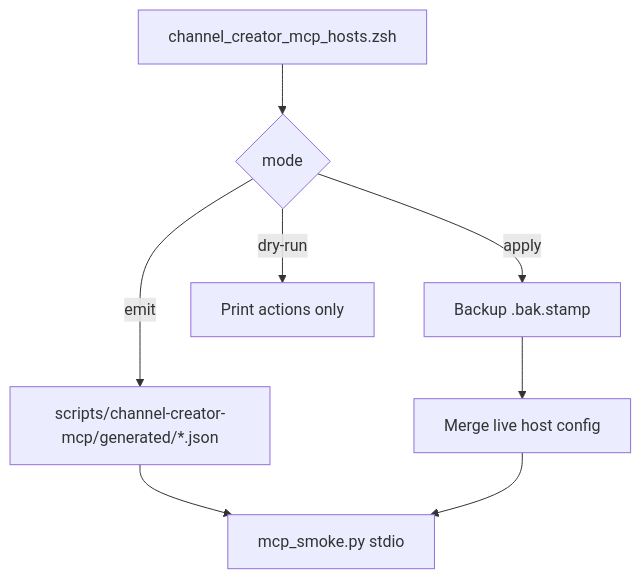
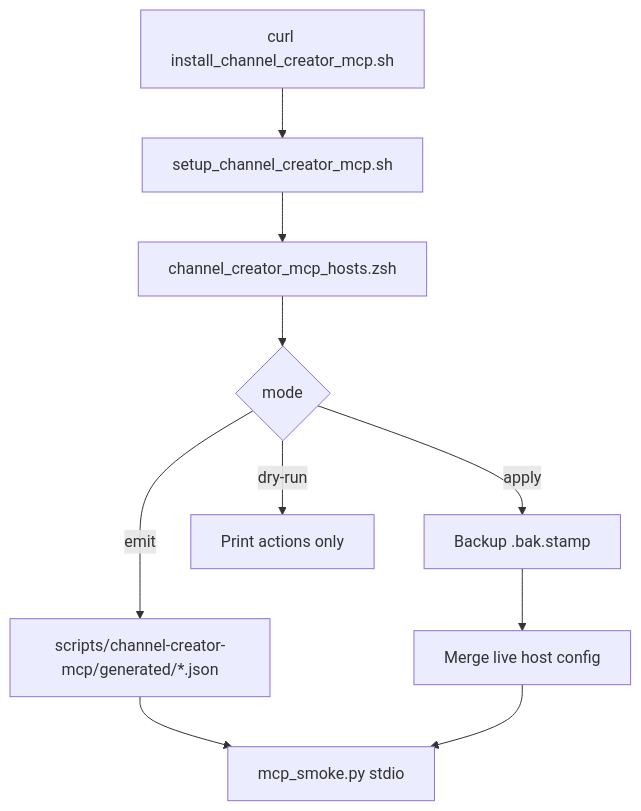
Before and after one commit to roto31/StreamTV: the second of 11 diagrams in docs/guides/CHANNEL_CREATOR_MCP_HOST_WIRING.md, drawn with Mermaid. The commit also changed other lines of this file and 6 other files, not shown here.

````diff
--- a/docs/guides/CHANNEL_CREATOR_MCP_HOST_WIRING.md
+++ b/docs/guides/CHANNEL_CREATOR_MCP_HOST_WIRING.md
@@ -33,10 +45,12 @@
 ```mermaid
 flowchart TD
-  Gen["channel_creator_mcp_hosts.zsh"] --> Mode{"mode"}
+  OneLiner["curl install_channel_creator_mcp.sh"] --> Setup["setup_channel_creator_mcp.sh"]
+  Setup --> Gen["channel_creator_mcp_hosts.zsh"]
+  Gen --> Mode{"mode"}
   Mode -->|emit| Out["scripts/channel-creator-mcp/generated/*.json"]
   Mode -->|apply| Bak["Backup .bak.stamp"]
   Bak --> Merge["Merge live host config"]
   Mode -->|dry-run| Print["Print actions only"]
   Out --> Smoke["mcp_smoke.py stdio"]
   Merge --> Smoke
 ```
````
